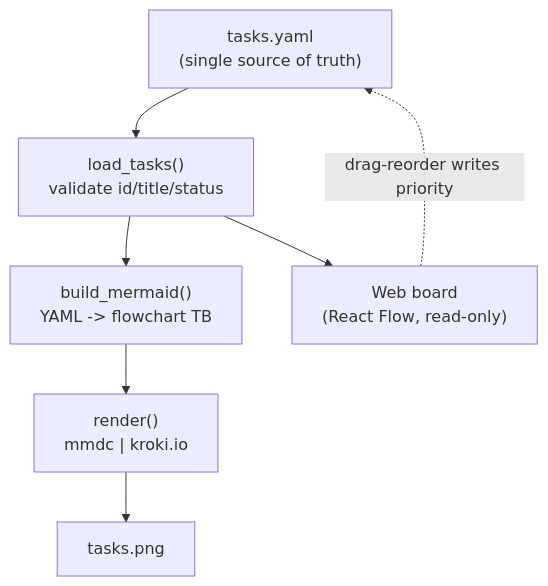
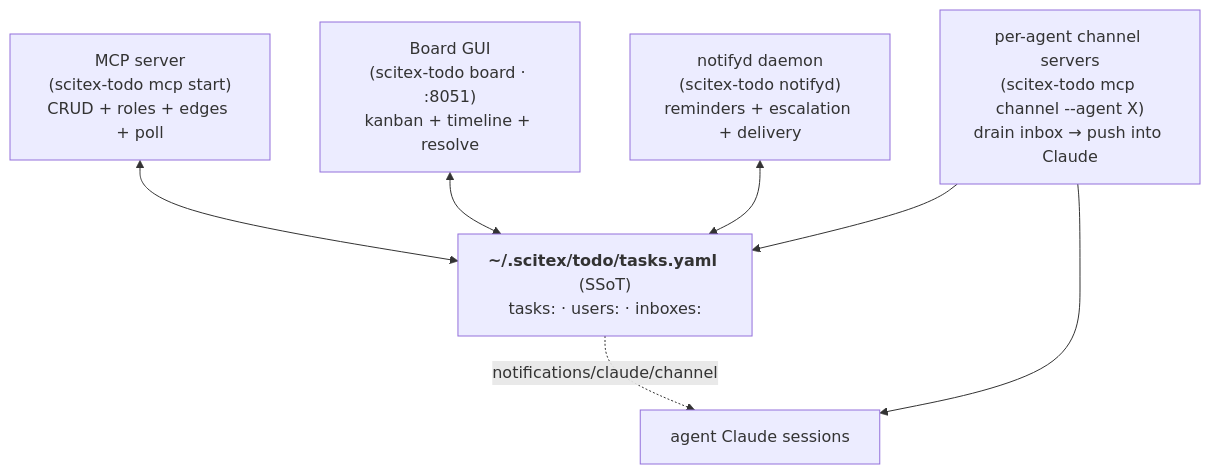
One commit to scitex-ai/scitex-todo changed the first of 4 diagrams in README.md. Above: the diagram before and after it, drawn with Mermaid. The commit also changed other lines of this file, not shown here.

First line of the commit message:
docs(readme): rewrite around the communication system with mermaid diagrams

````diff
--- a/README.md
+++ b/README.md
@@ -139,16 +61,18 @@
 ```mermaid
 flowchart TB
-    store["tasks.yaml<br/>(single source of truth)"]
-    load["load_tasks()<br/>validate id/title/status"]
-    build["build_mermaid()<br/>YAML -> flowchart TB"]
-    render["render()<br/>mmdc | kroki.io"]
-    png["tasks.png"]
-    board["Web board<br/>(React Flow, read-only)"]
+    store["`**~/.scitex/todo/tasks.yaml** (SSoT)
+    tasks: · users: · inboxes:`"]
 
-    store --> load
-    load --> build
-    build --> render
-    render --> png
-    load --> board
-    board -. "drag-reorder writes priority" .-> store
+    mcp["MCP server<br/>(scitex-todo mcp start)<br/>CRUD + roles + edges + poll"]
+    board["Board GUI<br/>(scitex-todo board · :8051)<br/>kanban + timeline + resolve"]
+    notifyd["notifyd daemon<br/>(scitex-todo notifyd)<br/>reminders + escalation + delivery"]
+    chan["per-agent channel servers<br/>(scitex-todo mcp channel --agent X)<br/>drain inbox → push into Claude"]
+
+    mcp <--> store
+    board <--> store
+    notifyd <--> store
+    chan --> store
+
+    store -. "notifications/claude/channel" .-> claude["agent Claude sessions"]
+    chan --> claude
 ```
````
